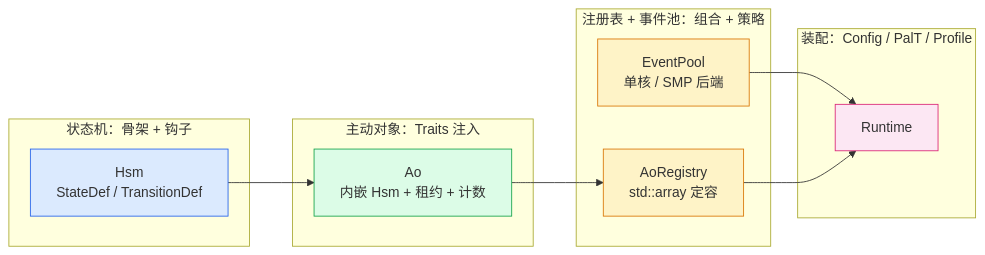
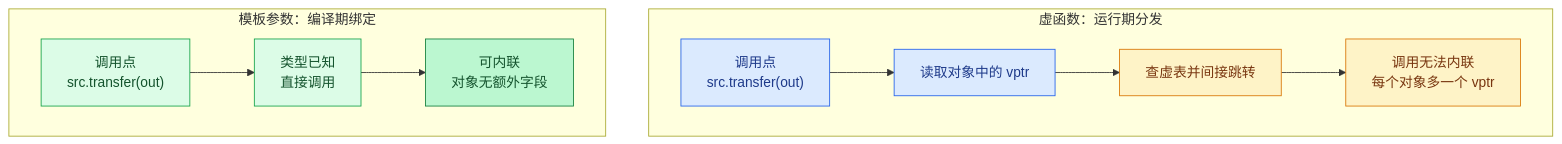
Before and after one commit to DeguiLiu/tech-notes: the first of 4 diagrams in content/posts/pattern/compile_time_polymorphism.md, drawn with Mermaid. The commit also changed other lines of this file, not shown here.

````diff
--- a/content/posts/pattern/compile_time_polymorphism.md
+++ b/content/posts/pattern/compile_time_polymorphism.md
@@ -51,24 +43,16 @@
 ```mermaid
-flowchart LR
-    subgraph L1["状态机：骨架 + 钩子"]
-        HSM["Hsm<Context><br/>StateDef / TransitionDef"]:::fw
+flowchart TB
+    subgraph RTP["虚函数：运行期分发"]
+        C1["调用点<br/>src.transfer(out)"]:::rt --> V1["读取对象中的 vptr"]:::rt
+        V1 --> V2["查虚表并间接跳转"]:::cost
+        V2 --> V3["调用无法内联<br/>每个对象多一个 vptr"]:::cost
     end
-    subgraph L2["主动对象：Traits 注入"]
-        AO["Ao<Context, HsmT, Traits><br/>内嵌 Hsm + 租约 + 计数"]:::sk
+    subgraph CTP["模板参数：编译期绑定"]
+        C2["调用点<br/>src.transfer(out)"]:::ct --> D1["类型已知<br/>直接调用"]:::ct
+        D1 --> D2["可内联<br/>对象无额外字段"]:::good
     end
-    subgraph L3["注册表 + 事件池：组合 + 策略"]
-        REG["AoRegistry<Config><br/>std::array 定容"]:::pl
-        POOL["EventPool<Profile><br/>单核 / SMP 后端"]:::pl
-    end
-    subgraph L4["装配：Config / PalT / Profile"]
-        RT["Runtime<Config, PalT, Profile>"]:::cn
-    end
-    HSM --> AO
-    AO --> REG
-    POOL --> RT
-    REG --> RT
-    classDef fw fill:#dbeafe,stroke:#2563eb
-    classDef sk fill:#dcfce7,stroke:#16a34a
-    classDef pl fill:#fef3c7,stroke:#d97706
-    classDef cn fill:#fce7f3,stroke:#db2777
+    classDef rt fill:#dbeafe,stroke:#2563eb,color:#1e3a8a
+    classDef cost fill:#fef3c7,stroke:#d97706,color:#78350f
+    classDef ct fill:#dcfce7,stroke:#16a34a,color:#14532d
+    classDef good fill:#bbf7d0,stroke:#15803d,color:#14532d
 ```
````
